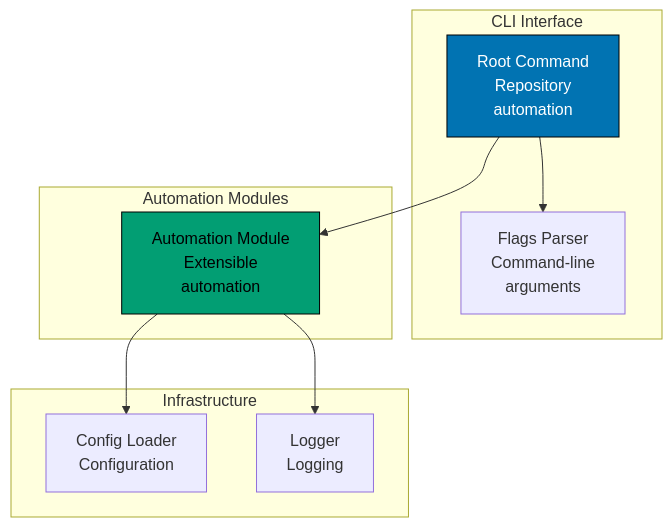
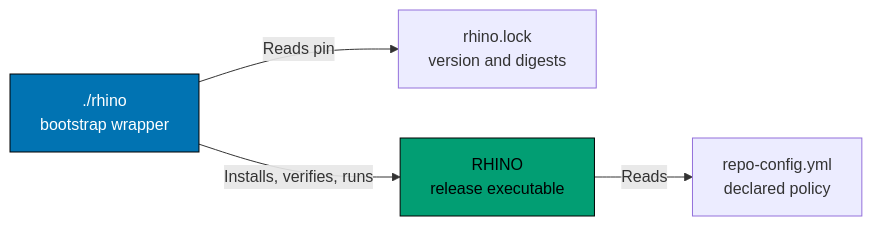
The diagram in docs/reference/system-architecture/components.md (wahidyankf/ose-public), drawn with Mermaid before and after one commit. The commit also changed other lines of this file and 31 other files, not shown here.

First line of the commit message:
docs: describe RHINO as the pinned external executable it now is

````diff
--- a/docs/reference/system-architecture/components.md
+++ b/docs/reference/system-architecture/components.md
@@ -31,28 +35,18 @@
 ```mermaid
-graph TB
-    accTitle: Rhino Components F CLI Tool
-    accDescr: Root Command Repository automation leads to Automation Module Extensible automation; Root Command Repository automation leads to Flags Parser Command-line arguments; Automation Module Extensible automation leads to Config Loader Configuration; and 1 more links.
-    subgraph "CLI Interface"
-        RHINO_ROOT[Root Command<br/>Repository<br/>automation]
-        RHINO_FLAGS[Flags Parser<br/>Command-line<br/>arguments]
-    end
+graph LR
+    accTitle: RHINO bootstrap components
+    accDescr: The ./rhino wrapper reads the rhino.lock pin, then installs, verifies, and runs the RHINO release executable, which reads repo-config.yml.
+    WRAP[./rhino<br/>bootstrap wrapper]
+    LOCK[rhino.lock<br/>version and digests]
+    EXE[RHINO<br/>release executable]
+    CFG[repo-config.yml<br/>declared policy]
 
-    subgraph "Automation Modules"
-        AUTO_MODULE[Automation Module<br/>Extensible<br/>automation]
-    end
-
-    subgraph "Infrastructure"
-        RHINO_CONFIG[Config Loader<br/>Configuration]
-        RHINO_LOGGER[Logger<br/>Logging]
-    end
-
-    RHINO_ROOT --> AUTO_MODULE
-    RHINO_ROOT --> RHINO_FLAGS
-    AUTO_MODULE --> RHINO_CONFIG
-    AUTO_MODULE --> RHINO_LOGGER
+    WRAP -->|Reads pin| LOCK
+    WRAP -->|Installs, verifies, runs| EXE
+    EXE -->|Reads| CFG
 
     classDef blue fill:#0173B2,stroke:#000000,color:#FFFFFF
     classDef teal fill:#029E73,stroke:#000000,color:#000000
-    class RHINO_ROOT blue
-    class AUTO_MODULE teal
+    class WRAP blue
+    class EXE teal
 ```
````
